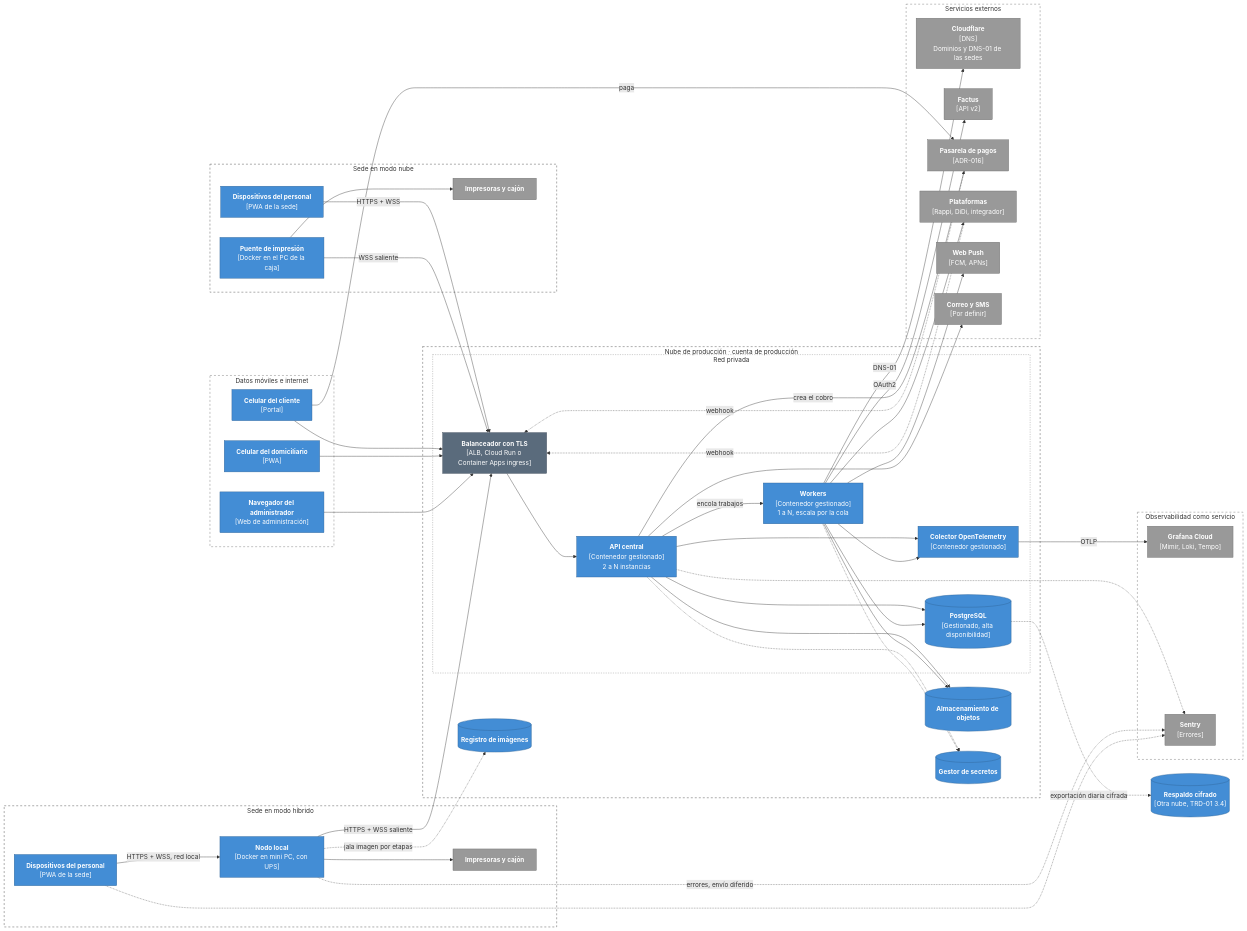
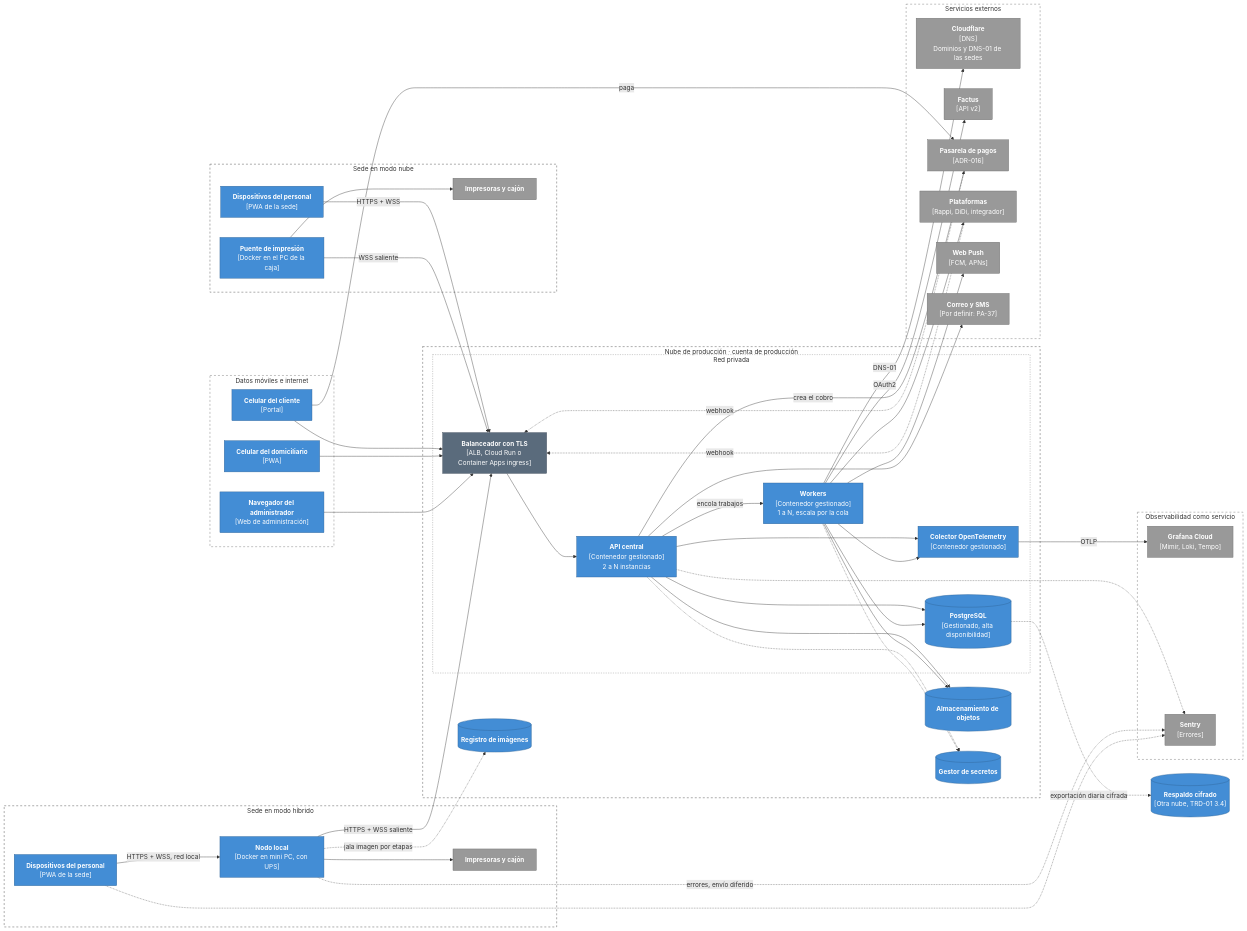
One commit to CesarJOtizM/blackHole changed the first of 10 diagrams in docs/arquitectura/infraestructura-y-comunicacion.md. Above: the diagram before and after it, drawn with Mermaid. The commit also changed other lines of this file and 159 other files, not shown here.

```diff
--- a/docs/arquitectura/infraestructura-y-comunicacion.md
+++ b/docs/arquitectura/infraestructura-y-comunicacion.md
@@ -54,7 +55,7 @@
     PAS["<b>Pasarela de pagos</b><br/>[ADR-016]"]:::externo
     PLAT["<b>Plataformas</b><br/>[Rappi, DiDi, integrador]"]:::externo
     PUSH["<b>Web Push</b><br/>[FCM, APNs]"]:::externo
-    MSG["<b>Correo y SMS</b><br/>[Por definir]"]:::externo
+    MSG["<b>Correo y SMS</b><br/>[Por definir: PA-37]"]:::externo
   end
 
   subgraph Obs["Observabilidad como servicio"]
```
